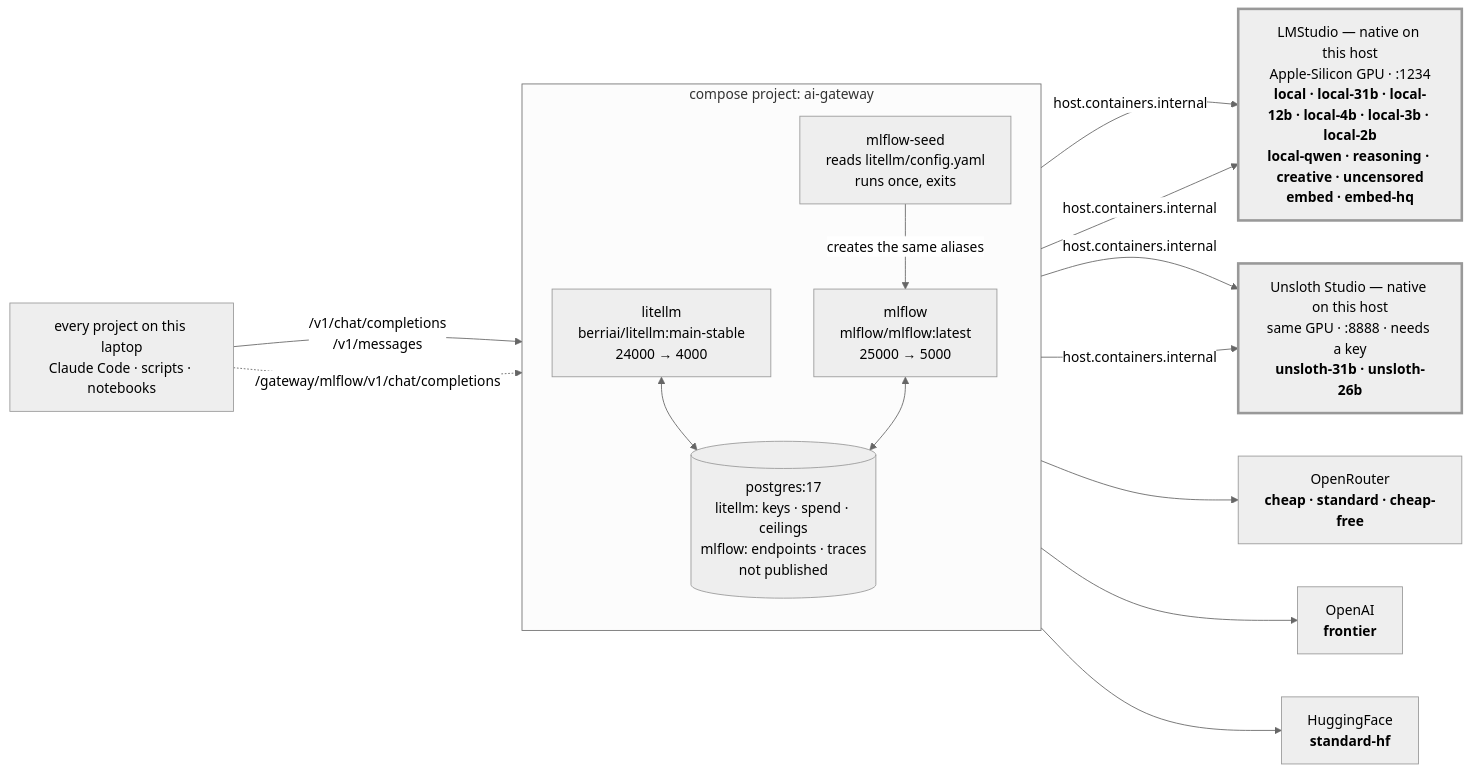
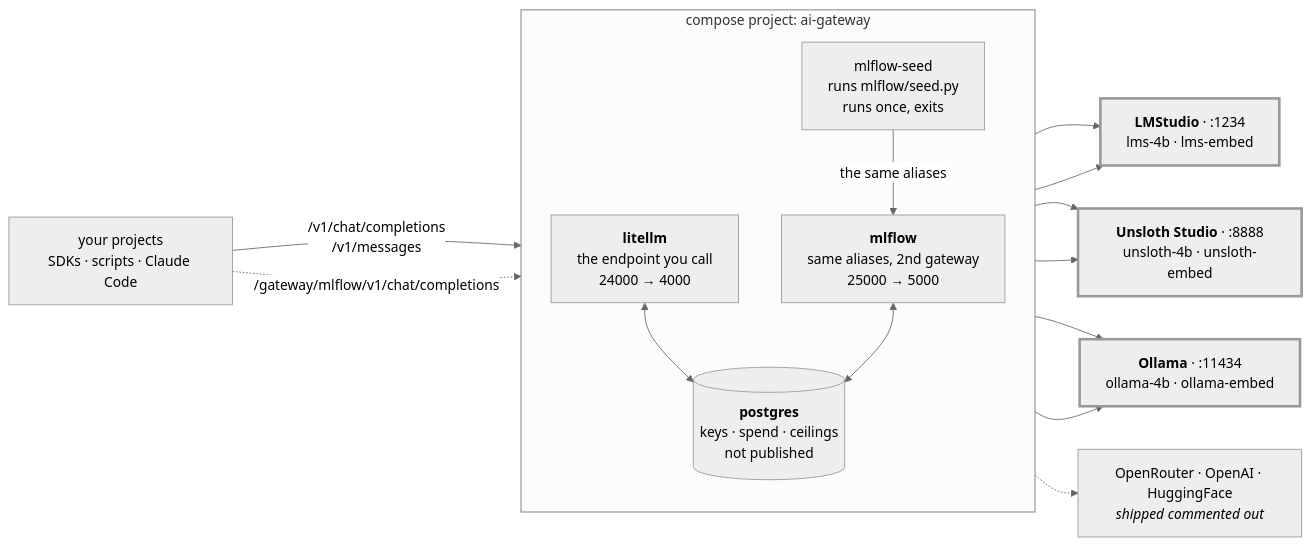
Before and after one commit to lukaskellerstein/ai-gateway: the diagram in README.md, drawn with Mermaid (neutral theme). The commit also changed other lines of this file and 40 other files, not shown here.

Commit message:
Split alias lists by engine and add MLflow as second gateway (#2)

````diff
--- a/README.md
+++ b/README.md
@@ -21,34 +67,29 @@
 ```mermaid
 flowchart LR
-    callers["every project on this laptop<br/>Claude Code · scripts · notebooks"]
+    callers["your projects<br/>SDKs · scripts · Claude Code"]
 
     subgraph proj["compose project: ai-gateway"]
         direction TB
-        litellm["litellm<br/>berriai/litellm:main-stable<br/>24000 → 4000"]
-        mlf["mlflow<br/>mlflow/mlflow:latest<br/>25000 → 5000"]
-        seed["mlflow-seed<br/>reads litellm/config.yaml<br/>runs once, exits"]
-        pg[("postgres:17<br/>litellm: keys · spend · ceilings<br/>mlflow: endpoints · traces<br/>not published")]
+        litellm["<b>litellm</b><br/>the endpoint you call<br/>24000 → 4000"]
+        mlf["<b>mlflow</b><br/>same aliases, 2nd gateway<br/>25000 → 5000"]
+        seed["mlflow-seed<br/>runs mlflow/seed.py<br/>runs once, exits"]
+        pg[("<b>postgres</b><br/>keys · spend · ceilings<br/>not published")]
         litellm <--> pg
         mlf <--> pg
-        seed -->|"creates the same aliases"| mlf
+        seed -->|"the same aliases"| mlf
     end
 
-    lms["LMStudio — native on this host<br/>Apple-Silicon GPU · :1234<br/><b>local · local-31b · local-12b · local-4b · local-3b · local-2b</b><br/><b>local-qwen · reasoning · creative · uncensored</b><br/><b>embed · embed-hq</b>"]
-    uns["Unsloth Studio — native on this host<br/>same GPU · :8888 · needs a key<br/><b>unsloth-31b · unsloth-26b</b>"]
-    or["OpenRouter<br/><b>cheap · standard · cheap-free</b>"]
-    oai["OpenAI<br/><b>frontier</b>"]
-    hf["HuggingFace<br/><b>standard-hf</b>"]
+    lms["<b>LMStudio</b> · :1234<br/>lms-4b · lms-embed"]
+    uns["<b>Unsloth Studio</b> · :8888<br/>unsloth-4b · unsloth-embed"]
+    oll["<b>Ollama</b> · :11434<br/>ollama-4b · ollama-embed"]
+    cloud["OpenRouter · OpenAI · HuggingFace<br/><i>shipped commented out</i>"]
 
     callers -->|"/v1/chat/completions<br/>/v1/messages"| litellm
     callers -.->|"/gateway/mlflow/v1/chat/completions"| mlf
-    litellm -->|host.containers.internal| lms
-    litellm -->|host.containers.internal| uns
-    litellm --> or
-    litellm --> oai
-    litellm --> hf
-    mlf -->|host.containers.internal| lms
-    mlf -->|host.containers.internal| uns
+    litellm --> lms & uns & oll
+    litellm -.-> cloud
+    mlf --> lms & uns & oll
 
     classDef onhost stroke-width:3px
-    class lms,uns onhost
+    class lms,uns,oll onhost
 ```
````
